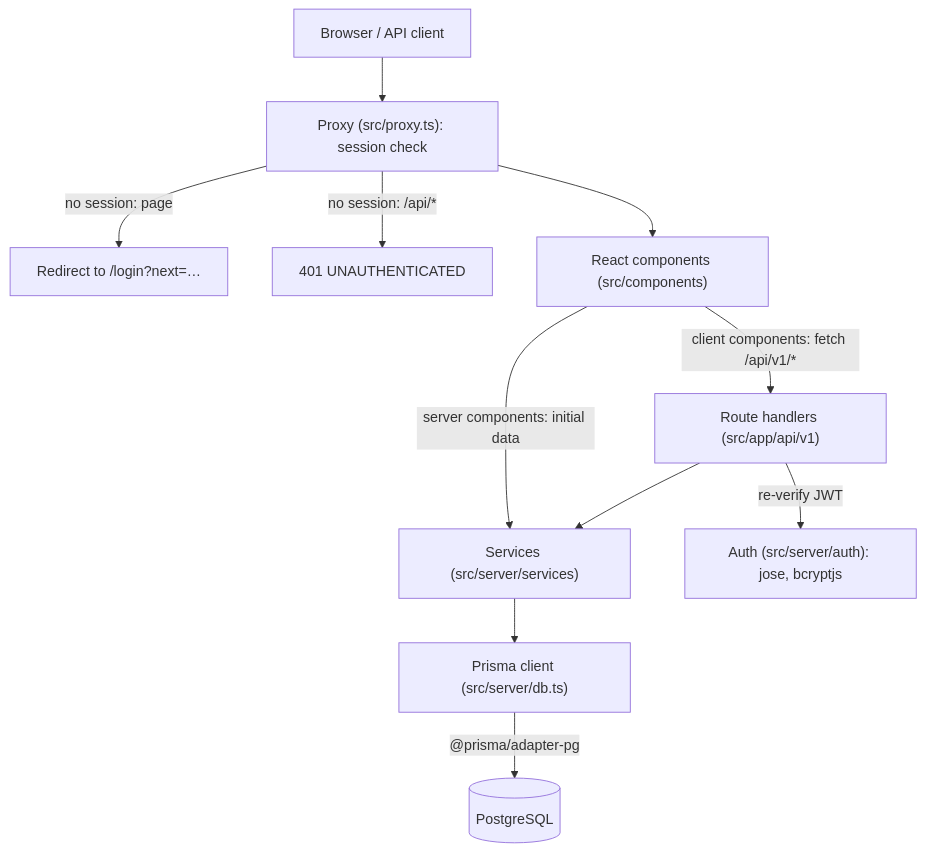
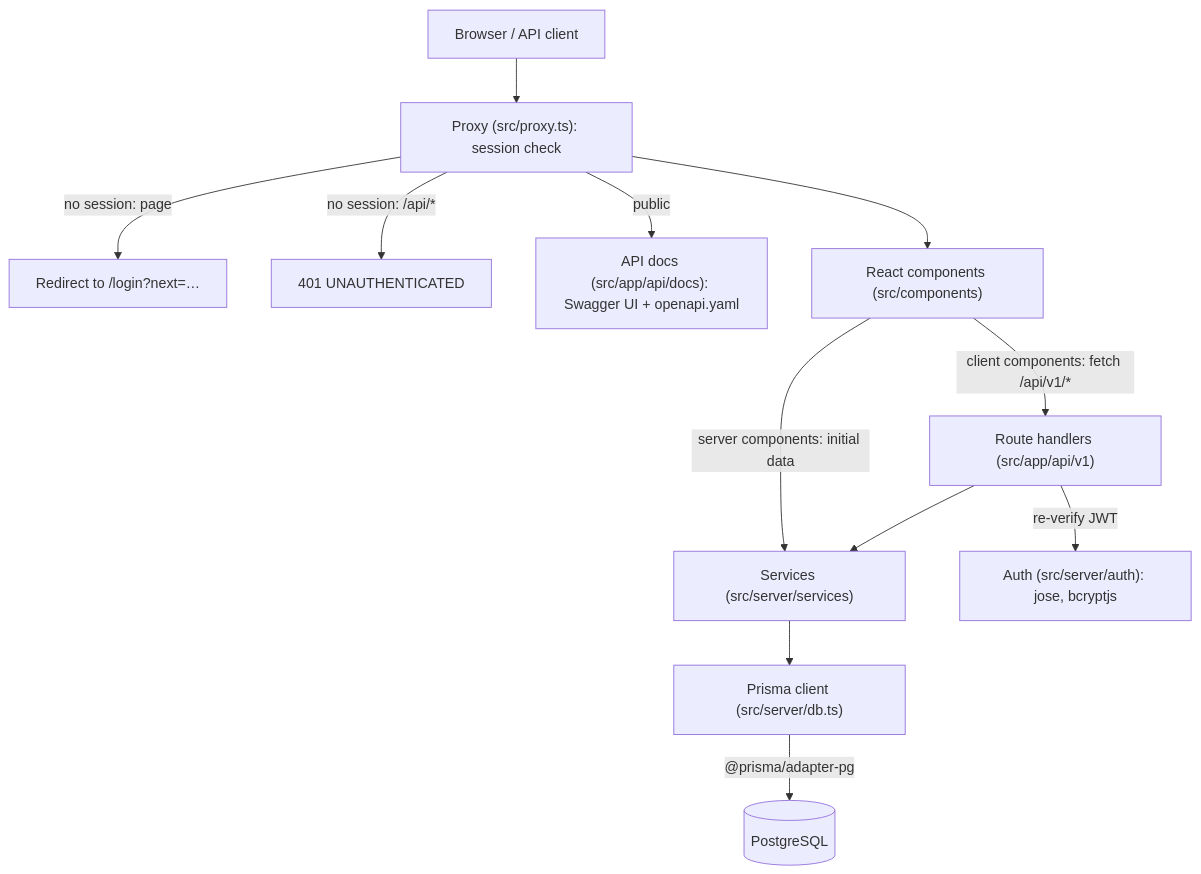
One commit to stone-coding/team-task-board-copilot changed the first of 4 diagrams in docs/architecture.md. Above: the diagram before and after it, drawn with Mermaid. The commit also changed other lines of this file and 4 other files, not shown here.

First line of the commit message:
docs(#13): complete the README, diagrams, and setup and deployment guide

````diff
--- a/docs/architecture.md
+++ b/docs/architecture.md
@@ -7,13 +7,14 @@
 ```mermaid
 flowchart TD
   Browser["Browser / API client"] --> Proxy["Proxy (src/proxy.ts): session check"]
   Proxy -->|"no session: page"| Login["Redirect to /login?next=…"]
   Proxy -->|"no session: /api/*"| E401["401 UNAUTHENTICATED"]
+  Proxy -->|"public"| Docs["API docs (src/app/api/docs): Swagger UI + openapi.yaml"]
   Proxy --> UI["React components (src/components)"]
   UI -->|"client components: fetch /api/v1/*"| API["Route handlers (src/app/api/v1)"]
   UI -->|"server components: initial data"| Services
   API -->|"re-verify JWT"| Auth["Auth (src/server/auth): jose, bcryptjs"]
   API --> Services["Services (src/server/services)"]
   Services --> DB["Prisma client (src/server/db.ts)"]
   DB -->|"@prisma/adapter-pg"| PG[("PostgreSQL")]
 ```
````
